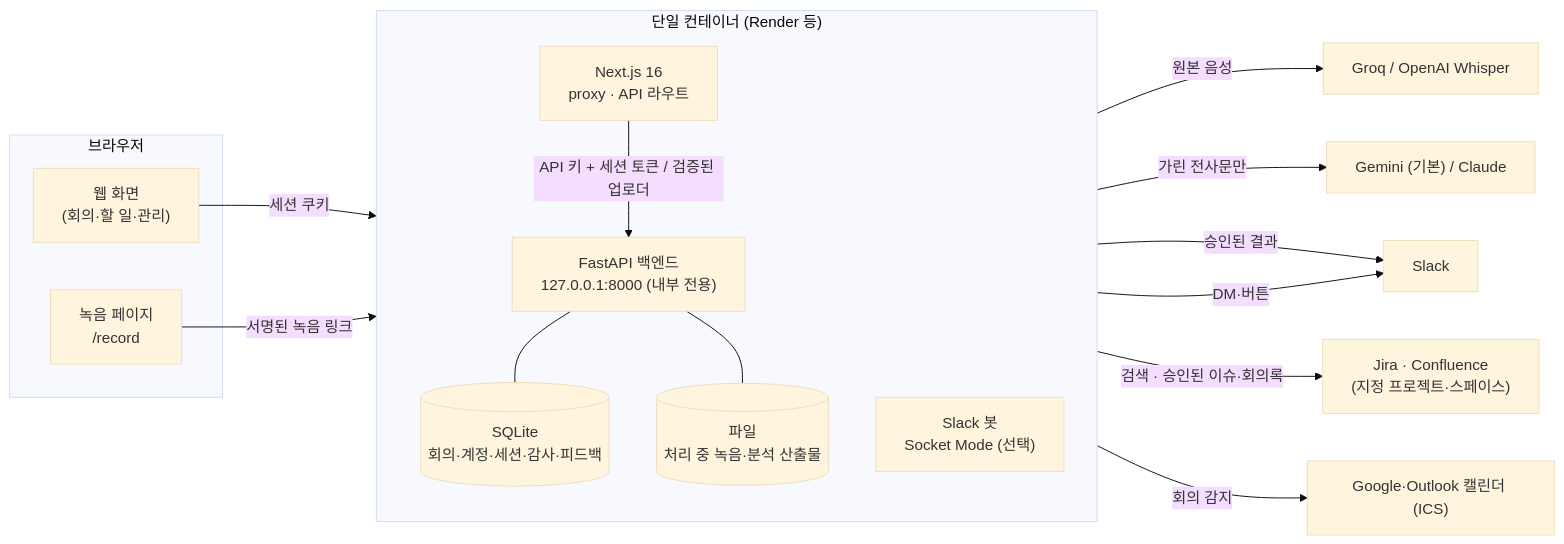
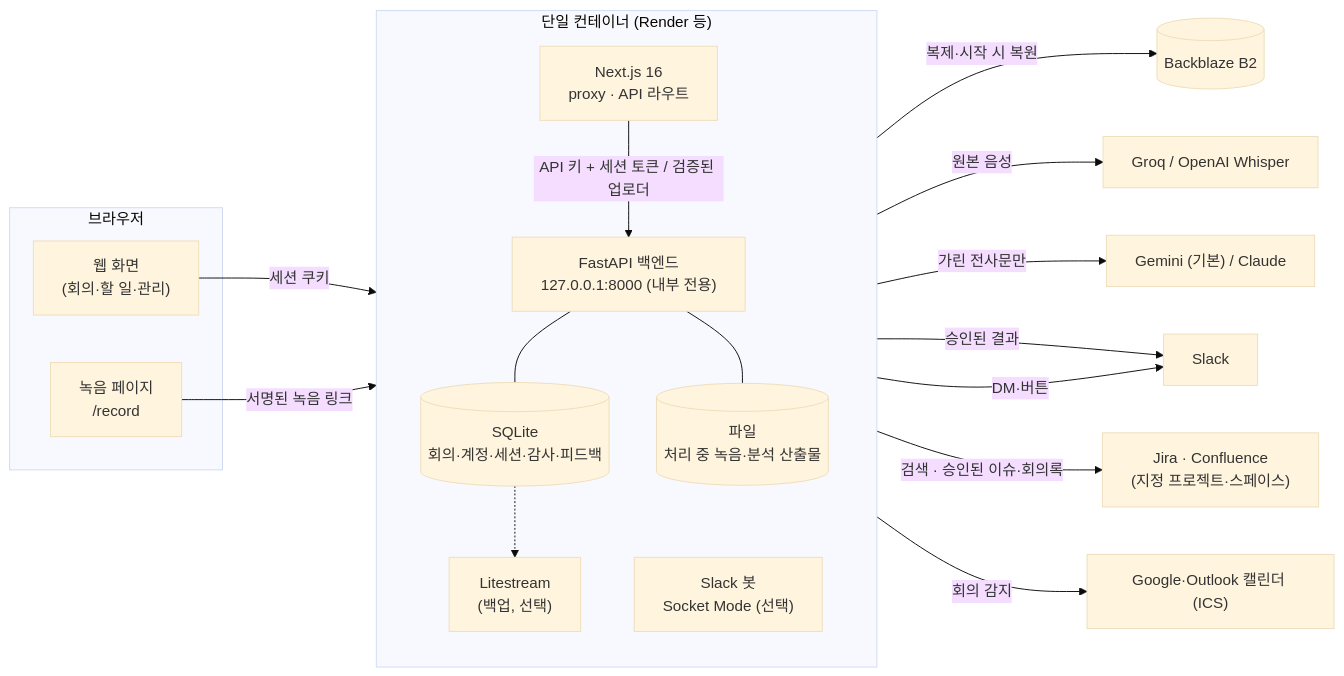
Before and after one commit to UnderCruzer/meeting-automation: the first of 3 diagrams in docs/ARCHITECTURE.md, drawn with Mermaid (base theme). The commit also changed other lines of this file and 4 other files, not shown here.

````diff
--- a/docs/ARCHITECTURE.md
+++ b/docs/ARCHITECTURE.md
@@ -10,34 +10,37 @@
 ```mermaid
 flowchart LR
   subgraph Browser["브라우저"]
     UI["웹 화면<br/>(회의·할 일·관리)"]
     REC["녹음 페이지<br/>/record"]
   end
 
   subgraph Container["단일 컨테이너 (Render 등)"]
     direction TB
     WEB["Next.js 16<br/>proxy · API 라우트"]
     API["FastAPI 백엔드<br/>127.0.0.1:8000 (내부 전용)"]
     BOT["Slack 봇<br/>Socket Mode (선택)"]
     DB[("SQLite<br/>회의·계정·세션·감사·피드백")]
+    LS["Litestream<br/>(백업, 선택)"]
     FS[("파일<br/>처리 중 녹음·분석 산출물")]
   end
 
   STT["Groq / OpenAI Whisper"]
   LLM["Gemini (기본) / Claude"]
   SLACK["Slack"]
   ATL["Jira · Confluence<br/>(지정 프로젝트·스페이스)"]
   CAL["Google·Outlook 캘린더 (ICS)"]
 
   UI -- "세션 쿠키" --> WEB
   REC -- "서명된 녹음 링크" --> WEB
   WEB -- "API 키 + 세션 토큰 / 검증된 업로더" --> API
   API --- DB
+  LS -- "복제·시작 시 복원" --> B2[("Backblaze B2")]
+  DB -.-> LS
   API --- FS
   API -- "원본 음성" --> STT
   API -- "가린 전사문만" --> LLM
   API -- "승인된 결과" --> SLACK
   API -- "검색 · 승인된 이슈·회의록" --> ATL
   BOT -- "회의 감지" --> CAL
   BOT -- "DM·버튼" --> SLACK
 ```
````
